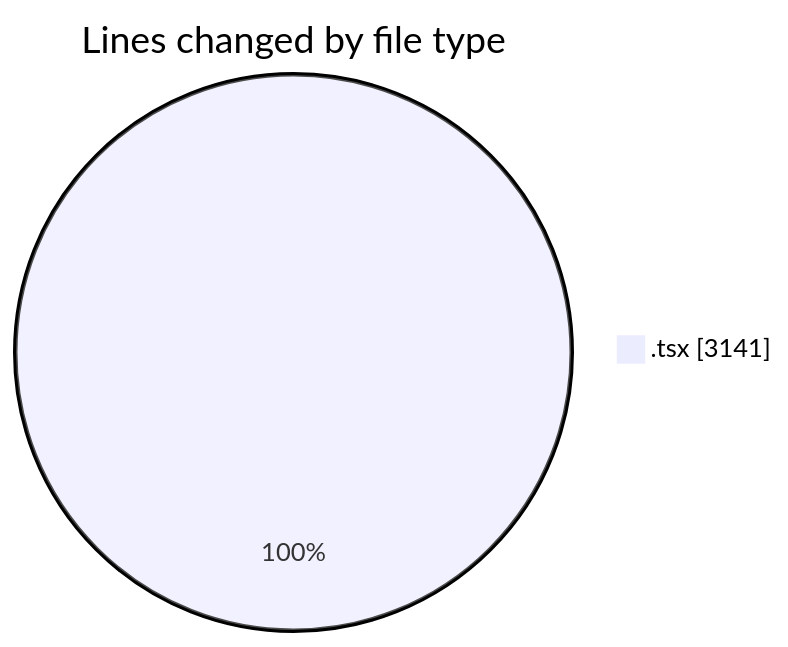
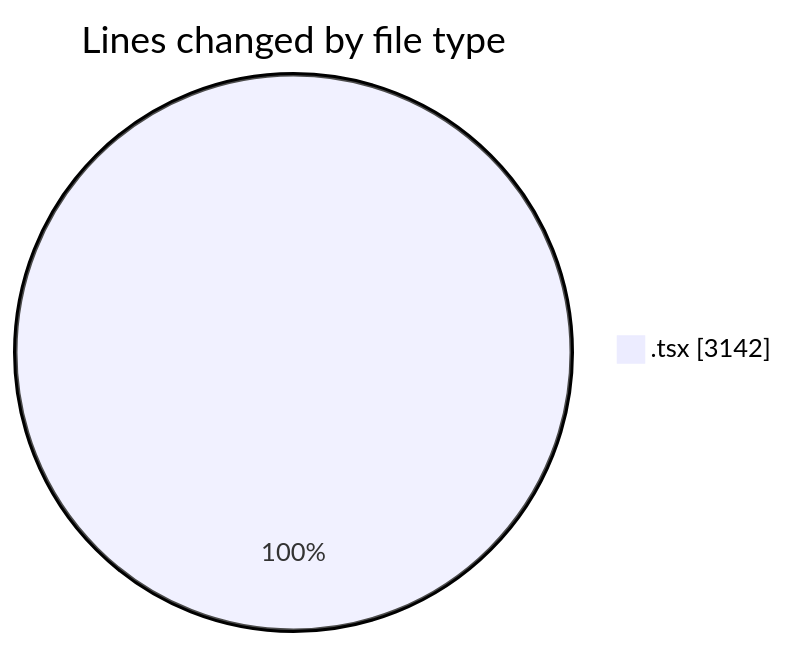
Before and after one commit to nxtqubesakshisongat/code-tracking: the first of 2 diagrams in 2026-03-05/nxtqube_webapp/README.md, drawn with Mermaid. The commit also changed other lines of this file and 1 other file, not shown here.

````diff
--- a/2026-03-05/nxtqube_webapp/README.md
+++ b/2026-03-05/nxtqube_webapp/README.md
@@ -22,5 +22,5 @@
 ```mermaid
 pie showData
 title Lines changed by file type
-".tsx" : 3141
+".tsx" : 3142
 ```
````
